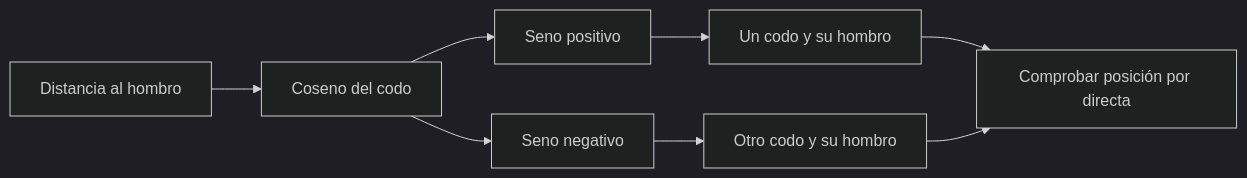
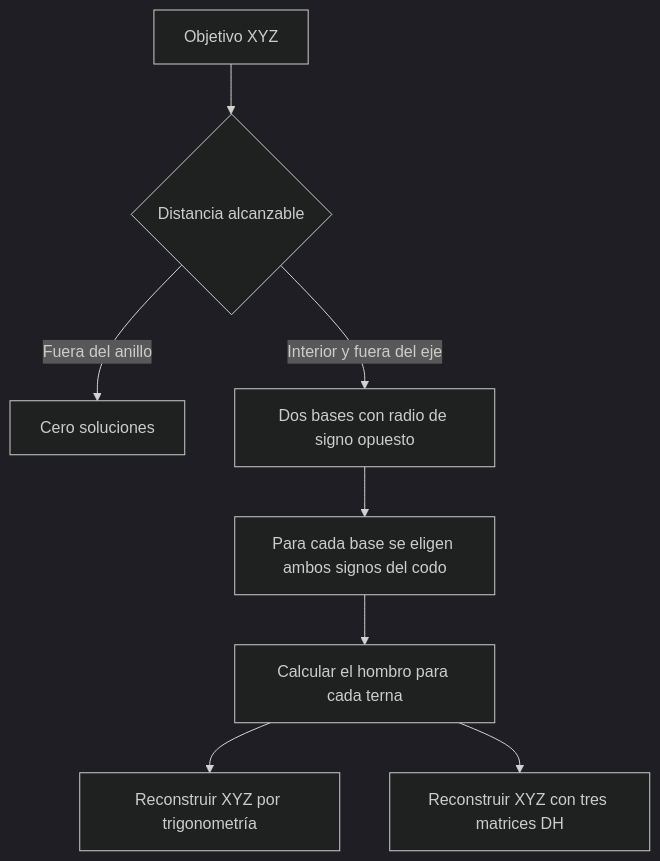
One commit to jairzinhosantos/vsl-3dof-kinematics-study changed the diagram in notebooks/inverse-kinematics/README.md. Above: the diagram before and after it, drawn with Mermaid (dark theme). The commit also changed other lines of this file and 16 other files, not shown here.

````diff
--- a/notebooks/inverse-kinematics/README.md
+++ b/notebooks/inverse-kinematics/README.md
@@ -59,10 +32,10 @@
 ```mermaid
-flowchart LR
-    D[Distancia al hombro] --> C[Coseno del codo]
-    C --> P[Seno positivo]
-    C --> N[Seno negativo]
-    P --> A[Un codo y su hombro]
-    N --> B[Otro codo y su hombro]
-    A --> V[Comprobar posición por directa]
-    B --> V
+flowchart TD
+    P[Objetivo XYZ] --> D{Distancia alcanzable}
+    D -->|Fuera del anillo| N[Cero soluciones]
+    D -->|Interior y fuera del eje| B[Dos bases con radio de signo opuesto]
+    B --> E[Para cada base se eligen ambos signos del codo]
+    E --> H[Calcular el hombro para cada terna]
+    H --> T[Reconstruir XYZ por trigonometría]
+    H --> M[Reconstruir XYZ con tres matrices DH]
 ```
````
